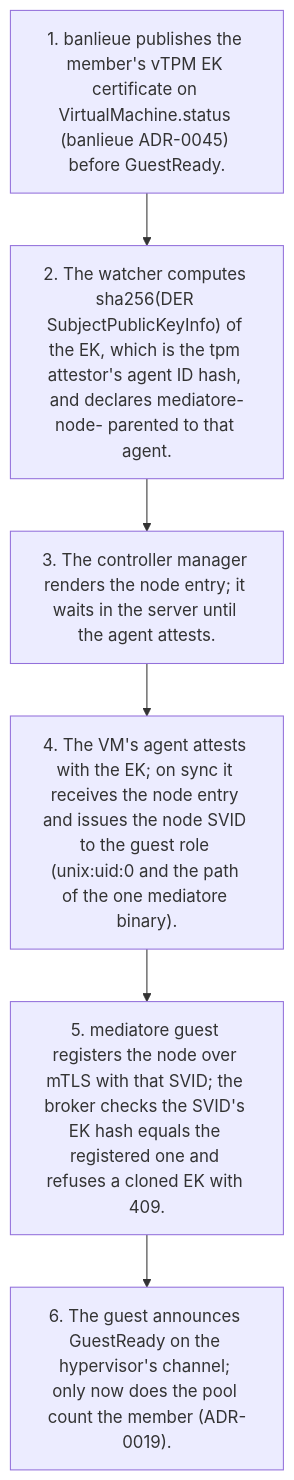
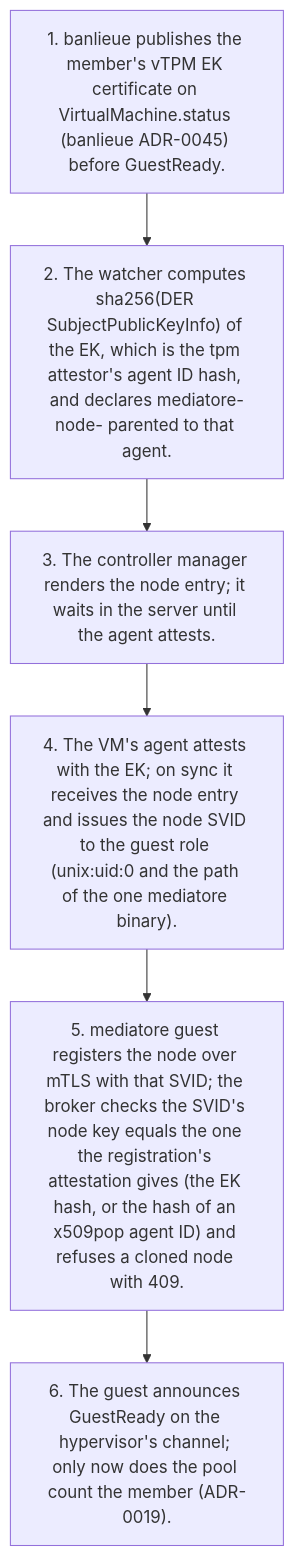
The third of 8 diagrams in docs/architecture/diagrams/flows.md (firestoned/mediatore), drawn with Mermaid before and after one commit. The commit also changed 76 other files, not shown here.

````diff
--- a/docs/architecture/diagrams/flows.md
+++ b/docs/architecture/diagrams/flows.md
@@ -71,10 +71,10 @@
 ```mermaid
 flowchart TD
     t1["1. banlieue publishes the member's vTPM EK certificate on VirtualMachine.status (banlieue ADR-0045) before GuestReady."]
     t2["2. The watcher computes sha256(DER SubjectPublicKeyInfo) of the EK, which is the tpm attestor's agent ID hash, and declares mediatore-node-<ek-hash> parented to that agent."]
     t3["3. The controller manager renders the node entry; it waits in the server until the agent attests."]
     t4["4. The VM's agent attests with the EK; on sync it receives the node entry and issues the node SVID to the guest role (unix:uid:0 and the path of the one mediatore binary)."]
-    t5["5. mediatore guest registers the node over mTLS with that SVID; the broker checks the SVID's EK hash equals the registered one and refuses a cloned EK with 409."]
+    t5["5. mediatore guest registers the node over mTLS with that SVID; the broker checks the SVID's node key equals the one the registration's attestation gives (the EK hash, or the hash of an x509pop agent ID) and refuses a cloned node with 409."]
     t6["6. The guest announces GuestReady on the hypervisor's channel; only now does the pool count the member (ADR-0019)."]
     t1 --> t2 --> t3 --> t4 --> t5 --> t6
 ```
````
